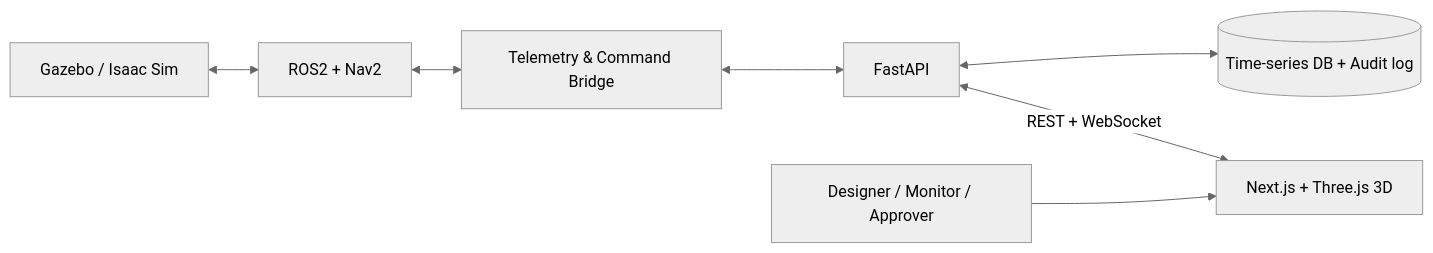
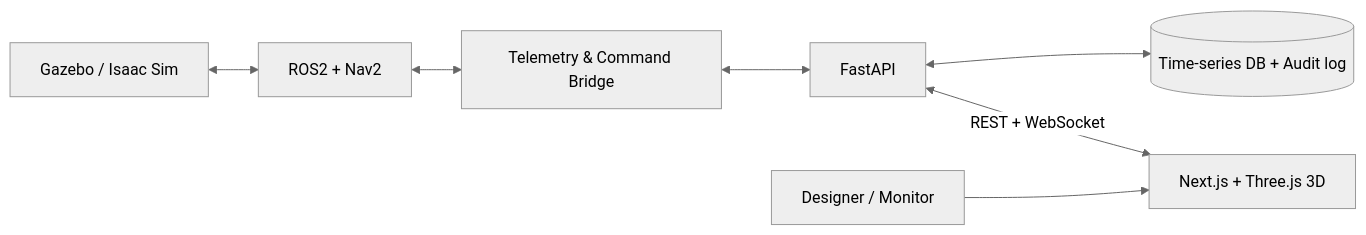
Before and after one commit to HoangTuBangGia/EV-Factory-Twin: the second of 2 diagrams in docs/presentation/README.md, drawn with Mermaid (neutral theme). The commit also changed other lines of this file and 129 other files, not shown here.

````diff
--- a/docs/presentation/README.md
+++ b/docs/presentation/README.md
@@ -55,17 +58,17 @@
 ```mermaid
 flowchart LR
     GZ[Gazebo / Isaac Sim]
     ROS[ROS2 + Nav2]
     BRIDGE[Telemetry & Command Bridge]
     API[FastAPI]
     DB[(Time-series DB + Audit log)]
     WEB[Next.js + Three.js 3D]
-    REVIEW[Designer / Monitor / Approver]
+    REVIEW[Designer / Monitor]
 
     GZ <--> ROS
     ROS <--> BRIDGE
     BRIDGE <--> API
     API <--> DB
     API <-->|REST + WebSocket| WEB
     REVIEW --> WEB
 ```
````
